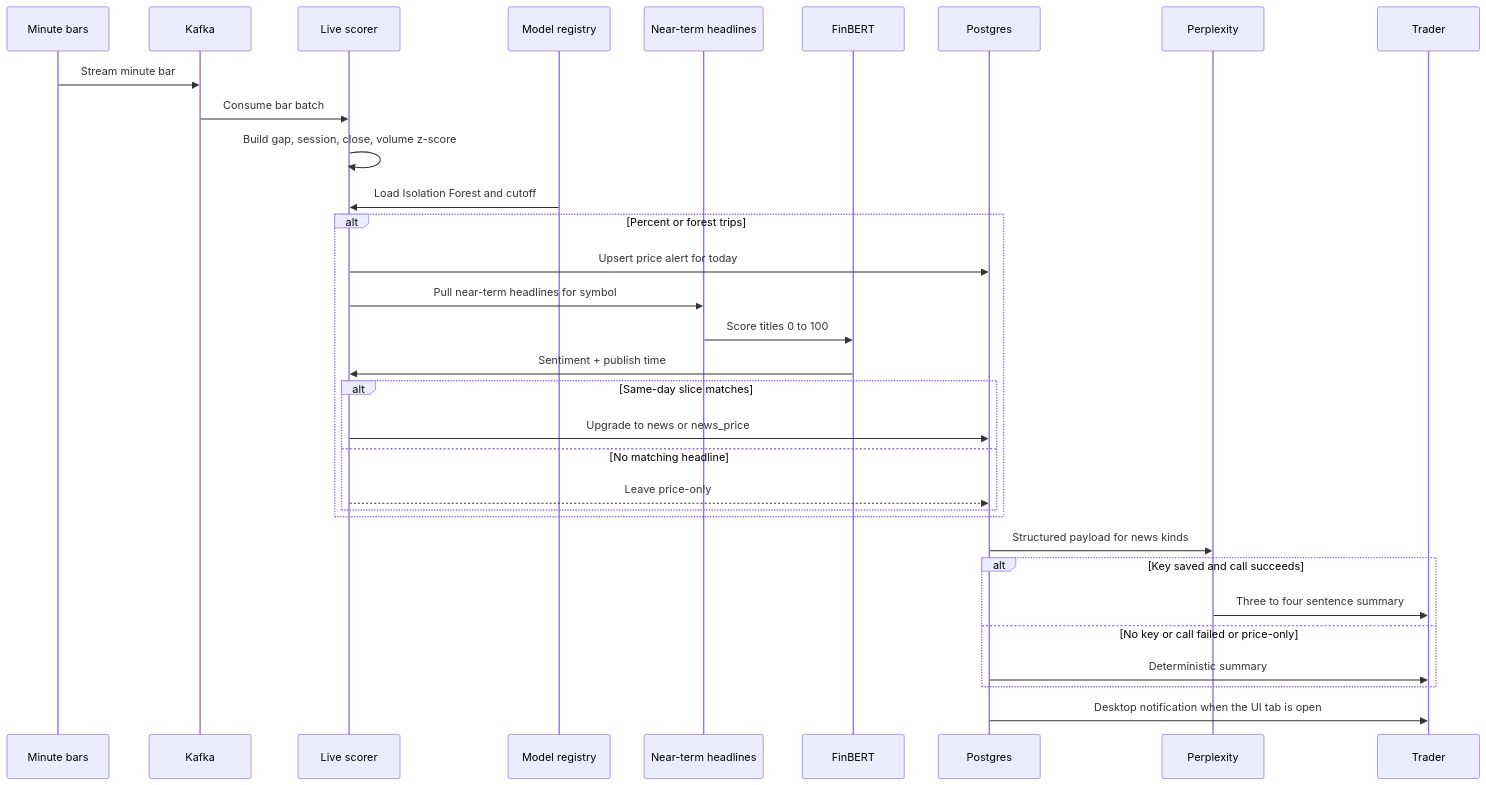
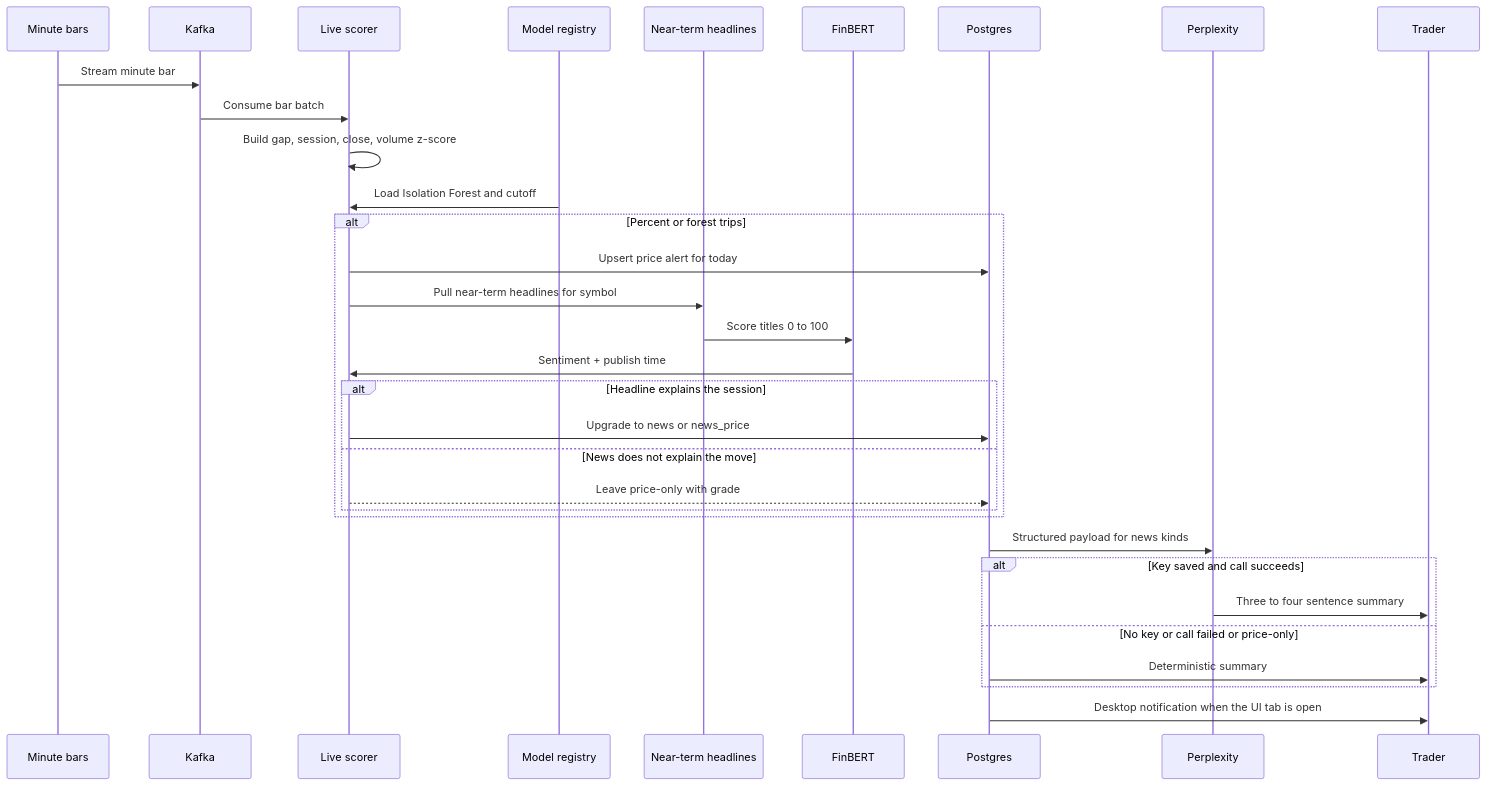
Before and after one commit to sameerde4/ticker-alert-system: the tenth of 10 diagrams in docs/architecture.md, drawn with Mermaid. The commit also changed other lines of this file and 5 other files, not shown here.

First line of the commit message:
Frame docs as S&P 500 monitoring with same-day headline grades.

````diff
--- a/docs/architecture.md
+++ b/docs/architecture.md
@@ -460,35 +460,35 @@
 ```mermaid
 sequenceDiagram
     participant Market as Minute bars
     participant Kafka
     participant Scorer as Live scorer
     participant Registry as Model registry
     participant News as Near-term headlines
     participant FinBERT
     participant PG as Postgres
     participant Pplx as Perplexity
     participant Trader
 
     Market->>Kafka: Stream minute bar
     Kafka->>Scorer: Consume bar batch
     Scorer->>Scorer: Build gap, session, close, volume z-score
     Registry->>Scorer: Load Isolation Forest and cutoff
     alt Percent or forest trips
         Scorer->>PG: Upsert price alert for today
         Scorer->>News: Pull near-term headlines for symbol
         News->>FinBERT: Score titles 0 to 100
         FinBERT->>Scorer: Sentiment + publish time
-        alt Same-day slice matches
+        alt Headline explains the session
             Scorer->>PG: Upgrade to news or news_price
-        else No matching headline
-            Scorer-->>PG: Leave price-only
+        else News does not explain the move
+            Scorer-->>PG: Leave price-only with grade
         end
     end
     PG->>Pplx: Structured payload for news kinds
     alt Key saved and call succeeds
         Pplx->>Trader: Three to four sentence summary
     else No key or call failed or price-only
         PG->>Trader: Deterministic summary
     end
     PG->>Trader: Desktop notification when the UI tab is open
 ```
````
